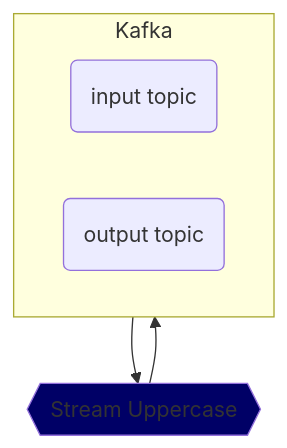
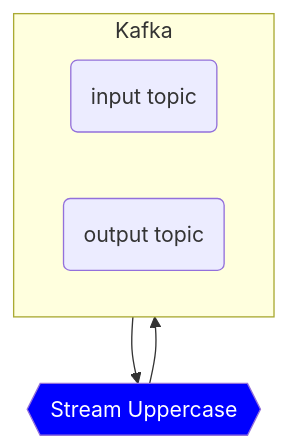
Before and after one commit to tomaszkubacki/kafka_redis_store: the diagram in README.md, drawn with Mermaid.

Commit message:
diagram styles

````diff
--- a/README.md
+++ b/README.md
@@ -7,17 +7,17 @@
 ```mermaid
 flowchart TB
     IN --> APP{{Stream Uppercase}}:::someclass
     APP --> OUT
     
     subgraph Kafka
         direction LR
         IN(input topic) 
         OUT(output topic)
     end
 
         
     click IN callback "Kafka Topic: input-topic"
     click OUT callback "Kafka Topic: output-topic"
     click APP callback "Kafka streams app: upper casing operation"
-    classDef someclass fill:#006
+    classDef someclass fill: #0000ff, color: white
 ```
````
